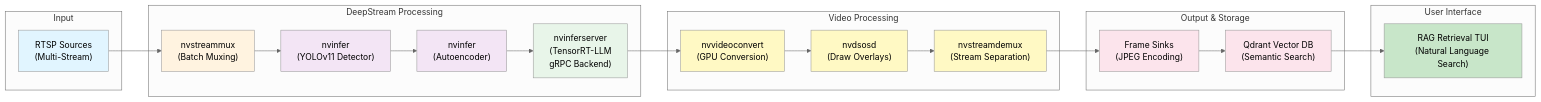
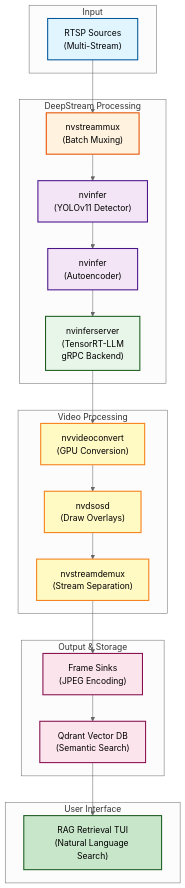
Before and after one commit to sevenweeks-07/visionsentry: the diagram in README.md, drawn with Mermaid (neutral theme).

````diff
--- a/README.md
+++ b/README.md
@@ -13,51 +13,51 @@
 ```mermaid
-graph LR
+graph TD
     subgraph "Input"
         RTSP["RTSP Sources<br/>(Multi-Stream)"]
     end
     
     subgraph "DeepStream Processing"
         MUX["nvstreammux<br/>(Batch Muxing)"]
         YOLO["nvinfer<br/>(YOLOv11 Detector)"]
         AE["nvinfer<br/>(Autoencoder)"]
         VLM["nvinferserver<br/>(TensorRT-LLM<br/>gRPC Backend)"]
     end
     
     subgraph "Video Processing"
         CONV["nvvideoconvert<br/>(GPU Conversion)"]
         OSD["nvdsosd<br/>(Draw Overlays)"]
         DEMUX["nvstreamdemux<br/>(Stream Separation)"]
     end
     
     subgraph "Output & Storage"
         SAVE["Frame Sinks<br/>(JPEG Encoding)"]
         DB["Qdrant Vector DB<br/>(Semantic Search)"]
     end
     
     subgraph "User Interface"
         RAG["RAG Retrieval TUI<br/>(Natural Language Search)"]
     end
     
     RTSP --> MUX
     MUX --> YOLO
     YOLO --> AE
     AE --> VLM
     VLM --> CONV
     CONV --> OSD
     OSD --> DEMUX
     DEMUX --> SAVE
     SAVE --> DB
     DB --> RAG
     
-    style RTSP fill:#e1f5ff
-    style MUX fill:#fff3e0
-    style YOLO fill:#f3e5f5
-    style AE fill:#f3e5f5
-    style VLM fill:#e8f5e9
-    style CONV fill:#fff9c4
-    style OSD fill:#fff9c4
-    style DEMUX fill:#fff9c4
-    style SAVE fill:#fce4ec
-    style DB fill:#fce4ec
-    style RAG fill:#c8e6c9
+    style RTSP fill:#e1f5ff,stroke:#01579b,stroke-width:2px,color:#000
+    style MUX fill:#fff3e0,stroke:#e65100,stroke-width:2px,color:#000
+    style YOLO fill:#f3e5f5,stroke:#4a148c,stroke-width:2px,color:#000
+    style AE fill:#f3e5f5,stroke:#4a148c,stroke-width:2px,color:#000
+    style VLM fill:#e8f5e9,stroke:#1b5e20,stroke-width:2px,color:#000
+    style CONV fill:#fff9c4,stroke:#f57f17,stroke-width:2px,color:#000
+    style OSD fill:#fff9c4,stroke:#f57f17,stroke-width:2px,color:#000
+    style DEMUX fill:#fff9c4,stroke:#f57f17,stroke-width:2px,color:#000
+    style SAVE fill:#fce4ec,stroke:#880e4f,stroke-width:2px,color:#000
+    style DB fill:#fce4ec,stroke:#880e4f,stroke-width:2px,color:#000
+    style RAG fill:#c8e6c9,stroke:#1b5e20,stroke-width:2px,color:#000
 ```
````
